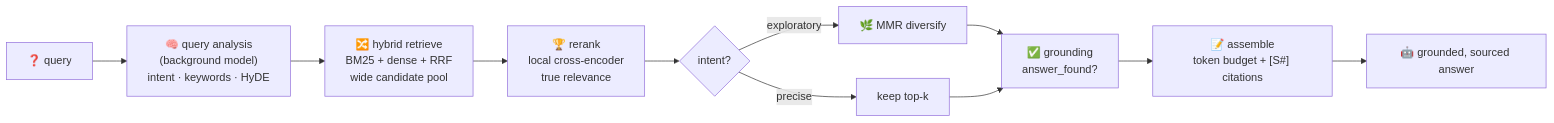
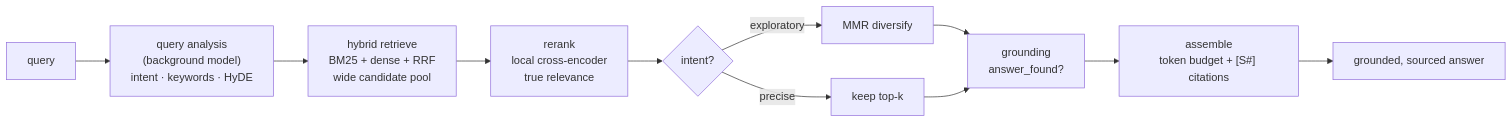
The diagram in docs/explanation/advanced-rag.md (cmudco/dare-backend), drawn with Mermaid before and after one commit. The commit also changed other lines of this file and 30 other files, not shown here.

````diff
--- a/docs/explanation/advanced-rag.md
+++ b/docs/explanation/advanced-rag.md
@@ -19,13 +15,13 @@
 ```mermaid
 flowchart LR
-    Q["❓ query"] --> QA["🧠 query analysis<br/>(background model)<br/>intent · keywords · HyDE"]
-    QA --> HR["🔀 hybrid retrieve<br/>BM25 + dense + RRF<br/>wide candidate pool"]
-    HR --> RR["🏆 rerank<br/>local cross-encoder<br/>true relevance"]
+    Q["query"] --> QA["query analysis<br/>(background model)<br/>intent · keywords · HyDE"]
+    QA --> HR["hybrid retrieve<br/>BM25 + dense + RRF<br/>wide candidate pool"]
+    HR --> RR["rerank<br/>local cross-encoder<br/>true relevance"]
     RR --> MMR{"intent?"}
-    MMR -->|exploratory| DIV["🌿 MMR diversify"]
+    MMR -->|exploratory| DIV["MMR diversify"]
     MMR -->|precise| KEEP["keep top-k"]
-    DIV --> GR["✅ grounding<br/>answer_found?"]
+    DIV --> GR["grounding<br/>answer_found?"]
     KEEP --> GR
-    GR --> AS["📝 assemble<br/>token budget + [S#] citations"]
-    AS --> ANS["🤖 grounded, sourced answer"]
+    GR --> AS["assemble<br/>token budget + [S#] citations"]
+    AS --> ANS["grounded, sourced answer"]
 ```
````
